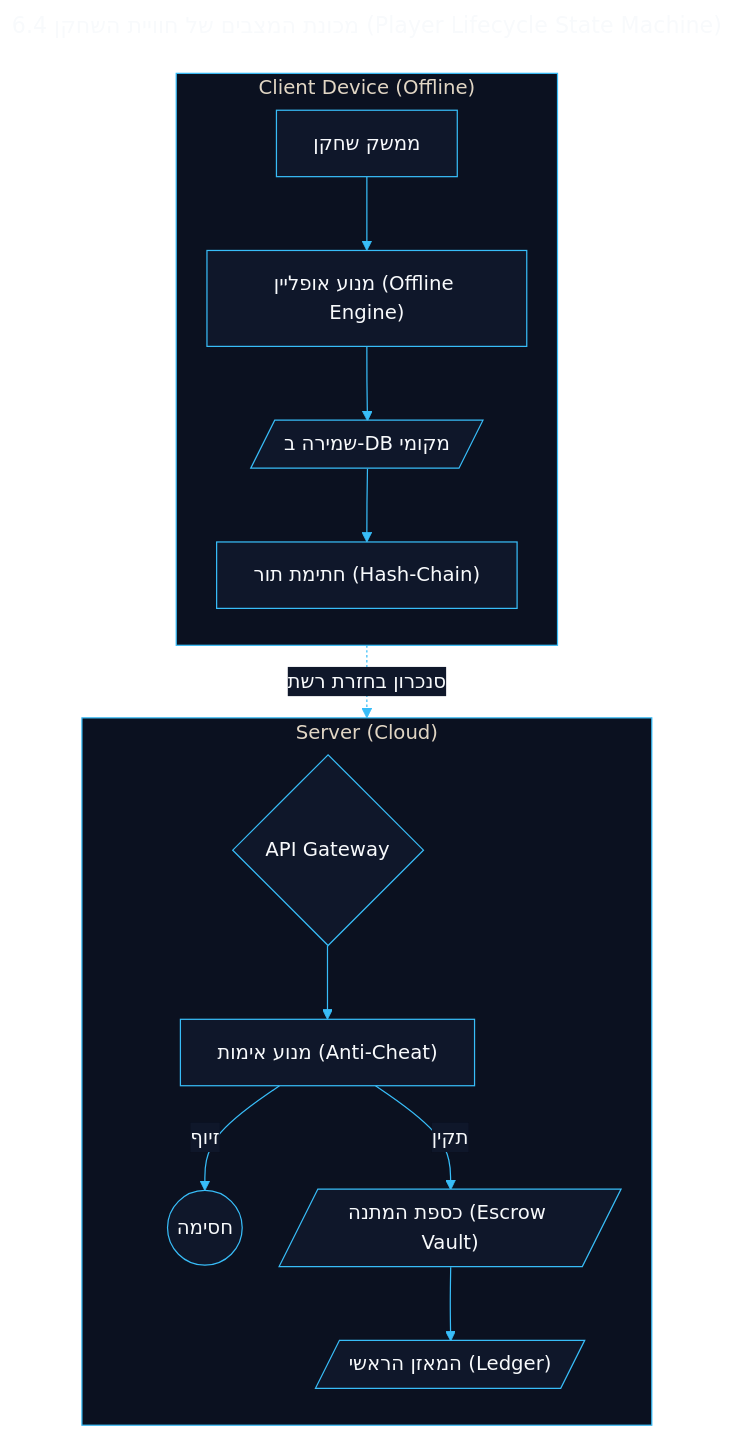
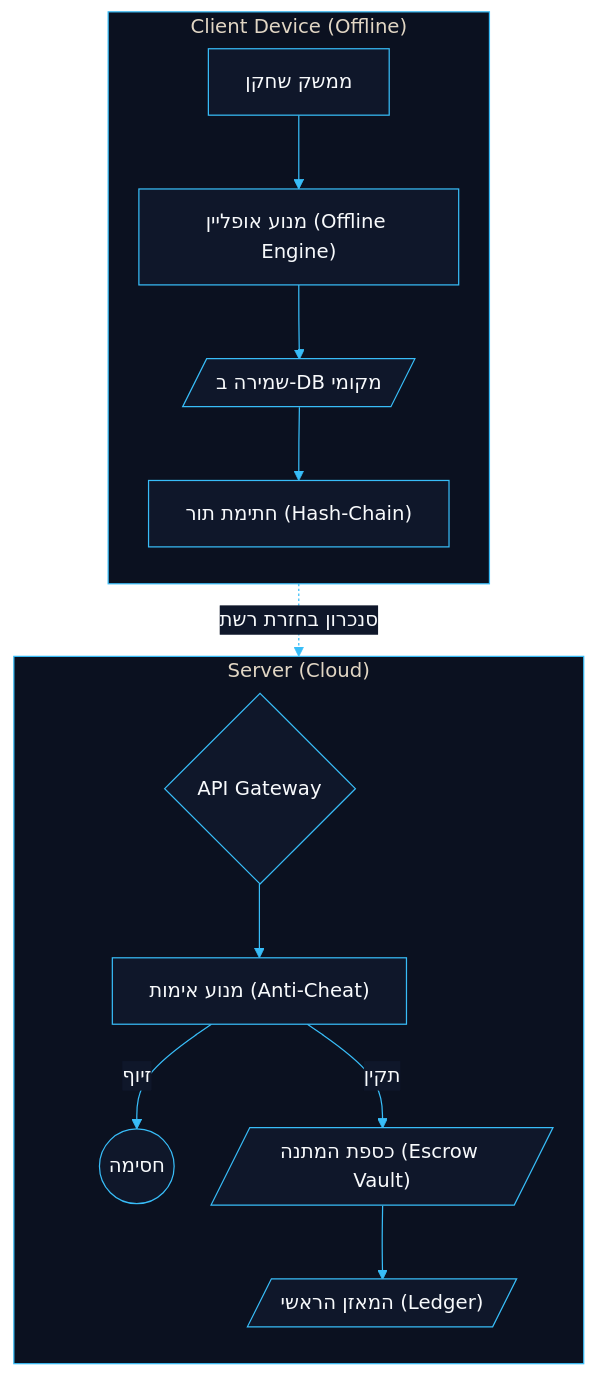
Before and after one commit to Yuvalalex/MOON-ACTIVE-MUNI-SPINE: the fourth of 4 diagrams in prd_final_v5_CEO_chapters/06 - חוויית משתמש (UX & Micro-Copy Strategy).md, drawn with Mermaid. The commit also changed other lines of this file and 16 other files, not shown here.

Commit message:
docs: fix mermaid blocks in PRD docs

````diff
--- a/prd_final_v5_CEO_chapters/06 - חוויית משתמש (UX & Micro-Copy Strategy).md
+++ b/prd_final_v5_CEO_chapters/06 - חוויית משתמש (UX & Micro-Copy Strategy).md
@@ -287,48 +278,45 @@
 ```mermaid
----
-title: 6.4 מכונת המצבים של חוויית השחקן (Player Lifecycle State Machine)
----
 %%{init: {
   "theme": "base",
   "themeVariables": {
     "fontFamily": "Segoe UI, Assistant, sans-serif",
     "fontSize": "16px",
     "primaryColor": "#0f172a",
     "primaryTextColor": "#f8fafc",
     "primaryBorderColor": "#38bdf8",
     "lineColor": "#38bdf8",
     "secondaryColor": "#1e293b",
     "tertiaryColor": "#1e293b",
     "edgeLabelBackground": "#0f172a",
     "nodeBorder": "#38bdf8",
     "clusterBkg": "#0b1120",
     "clusterBorder": "#38bdf8"
   },
   "flowchart": { "curve": "basis", "nodeSpacing": 30, "rankSpacing": 35, "padding": 15 },
   "sequence": { "actorMargin": 30, "messageMargin": 30 },
   "state": { "nodeSpacing": 30, "rankSpacing": 35, "titleTopMargin": 15 }
 }}%%
 flowchart TD
     subgraph Client ["Client Device (Offline)"]
         direction TB
         A["ממשק שחקן"] --> B["מנוע אופליין (Offline Engine)"]
         B --> C[/"שמירה ב-DB מקומי"/]
         C --> D["חתימת תור (Hash-Chain)"]
     end
 
     subgraph Server ["Server (Cloud)"]
         direction TB
         E{"API Gateway"} 
         F["מנוע אימות (Anti-Cheat)"]
         G[/"כספת המתנה (Escrow Vault)"/]
         H[/"המאזן הראשי (Ledger)"/]
         
         E --> F
         F -->|"זיוף"| Reject(("חסימה"))
         F -->|"תקין"| G
         G --> H
     end
 
     D -.->|"סנכרון בחזרת רשת"| E
 
 ```
````
